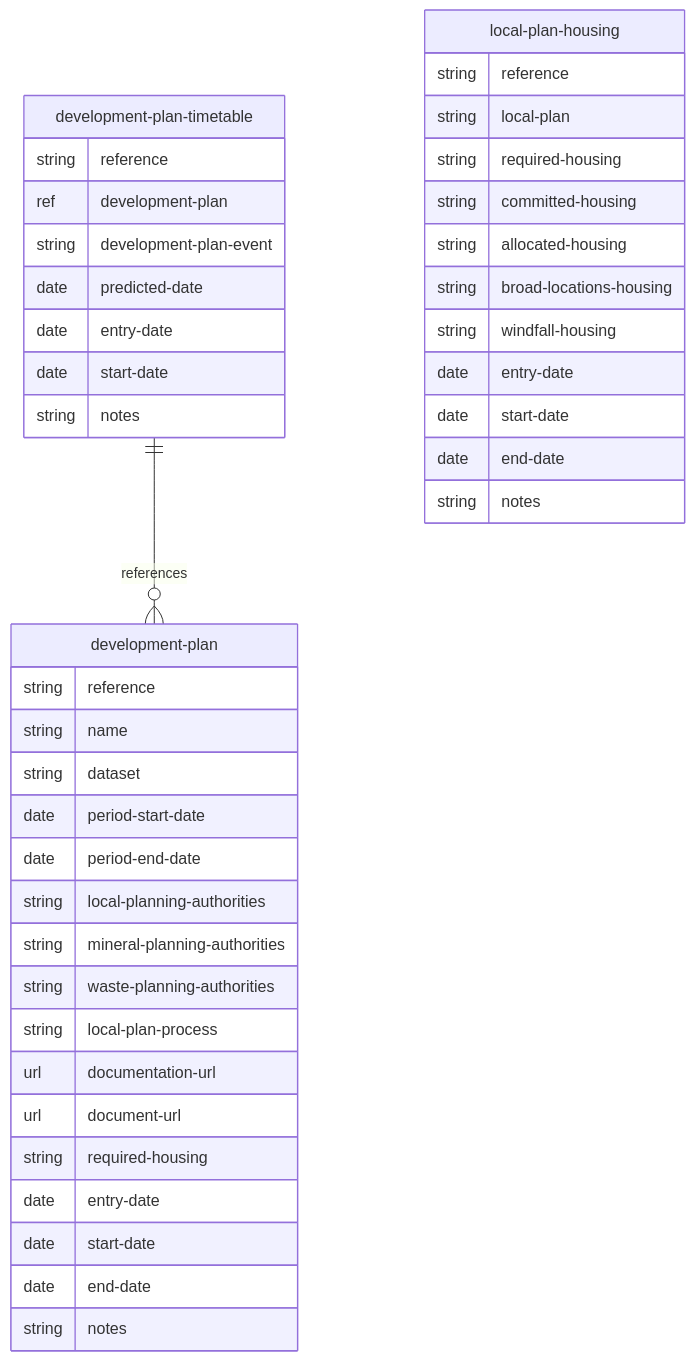
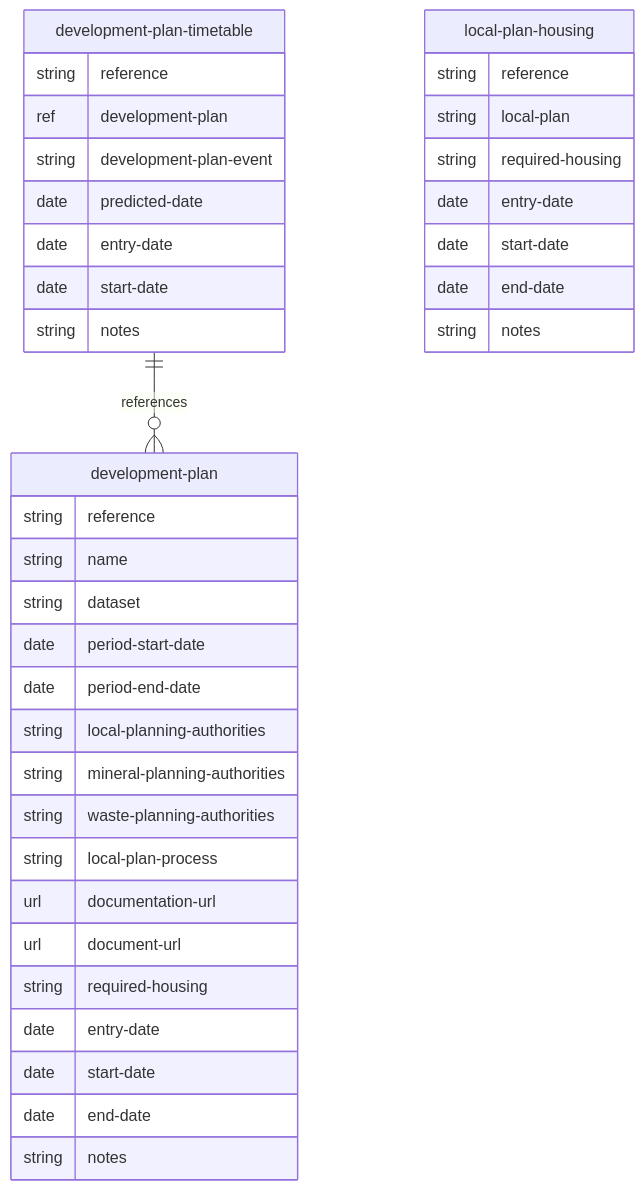
Before and after one commit to digital-land/specification: the diagram in docs/mermaid/development-plan.md, drawn with Mermaid. The commit also changed 5 other files, not shown here.

````diff
--- a/docs/mermaid/development-plan.md
+++ b/docs/mermaid/development-plan.md
@@ -4,44 +4,40 @@
 ```mermaid
 erDiagram
     development-plan {
         string reference
         string name
         string dataset
         date period-start-date
         date period-end-date
         string local-planning-authorities
         string mineral-planning-authorities
         string waste-planning-authorities
         string local-plan-process
         url documentation-url
         url document-url
         string required-housing
         date entry-date
         date start-date
         date end-date
         string notes
     }
     development-plan-timetable {
         string reference
         ref development-plan
         string development-plan-event
         date predicted-date
         date entry-date
         date start-date
         string notes
     }
     local-plan-housing {
         string reference
         string local-plan
         string required-housing
-        string committed-housing
-        string allocated-housing
-        string broad-locations-housing
-        string windfall-housing
         date entry-date
         date start-date
         date end-date
         string notes
     }
     development-plan-timetable ||--o{ development-plan : references
 ```
````
